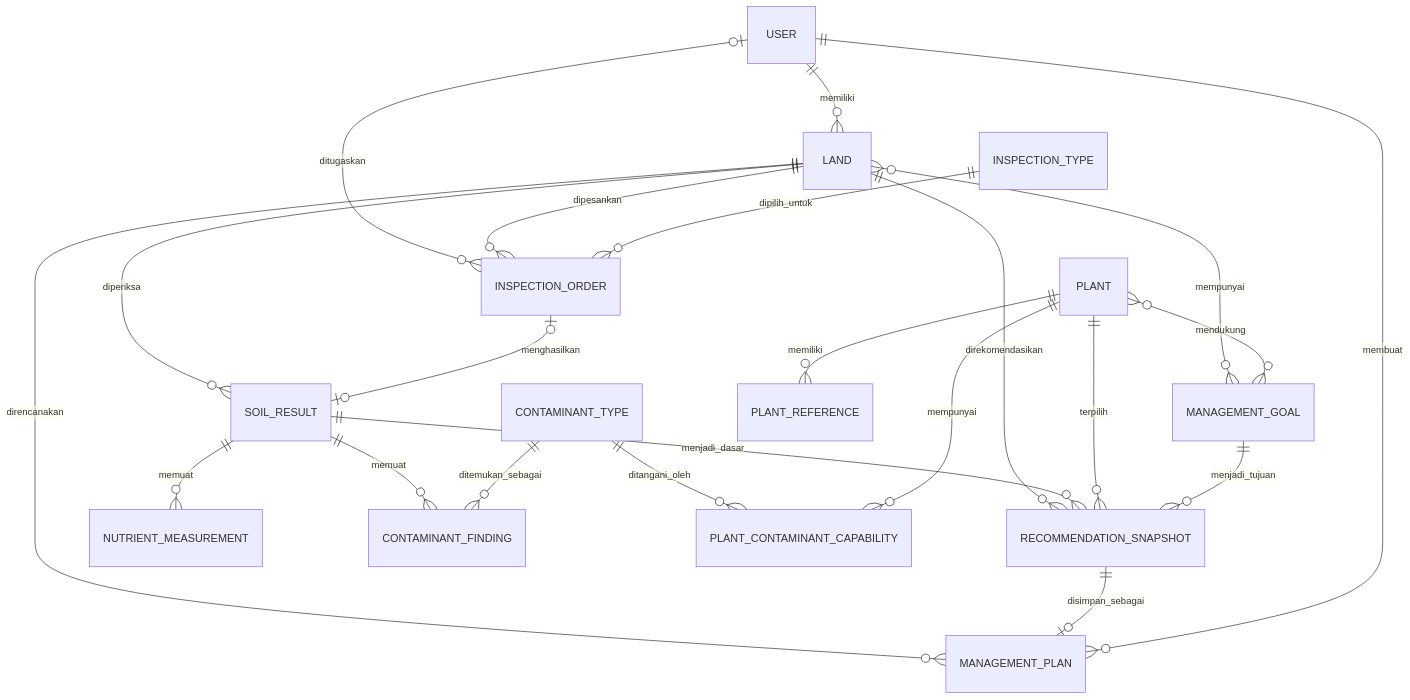
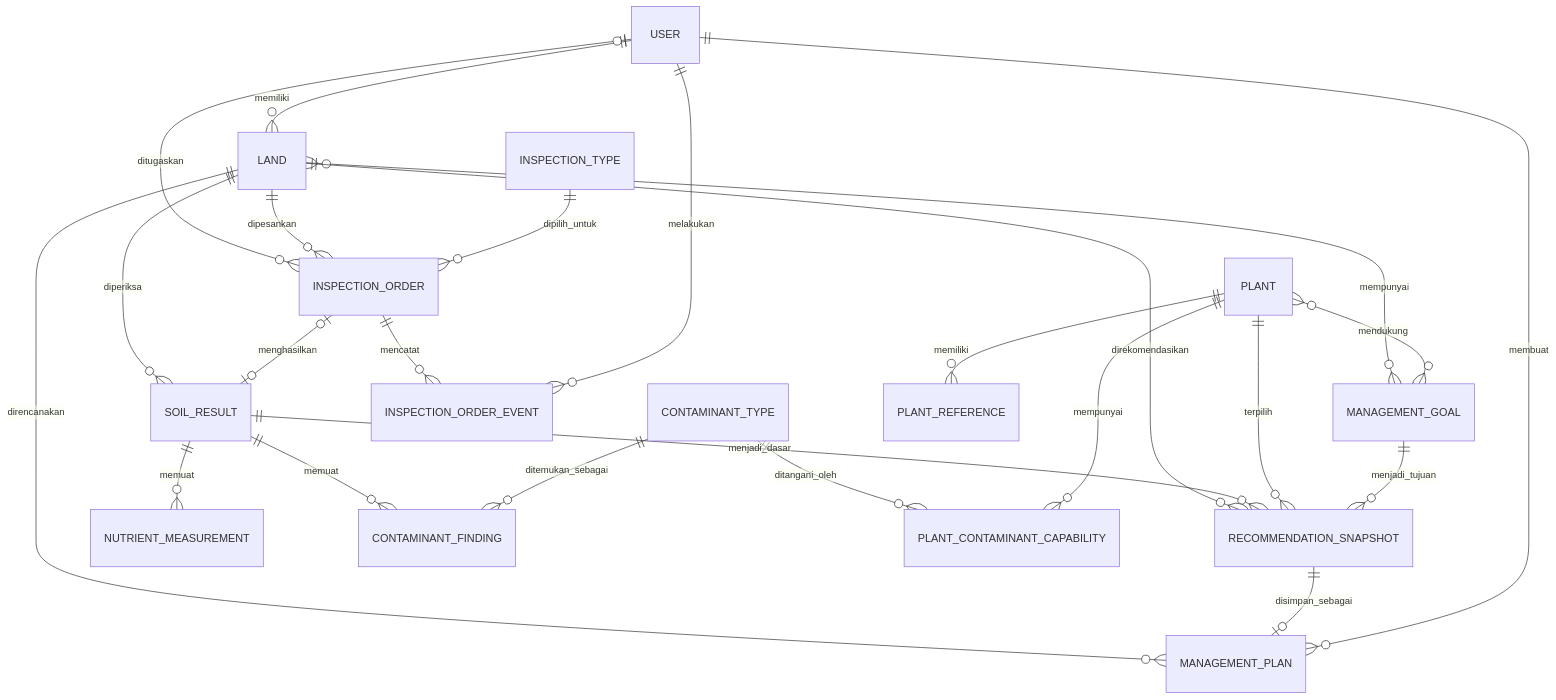
Before and after one commit to pbp-kelompok-d12/wiji: the diagram in docs/ERD.md, drawn with Mermaid. The commit also changed other lines of this file and 2 other files, not shown here.

Commit message:
docs: define inspection ordering rules

````diff
--- a/docs/ERD.md
+++ b/docs/ERD.md
@@ -5,30 +5,32 @@
 ```mermaid
 erDiagram
     USER ||--o{ LAND : memiliki
     USER o|--o{ INSPECTION_ORDER : ditugaskan
 
     LAND }o--o{ MANAGEMENT_GOAL : mempunyai
     LAND ||--o{ INSPECTION_ORDER : dipesankan
     LAND ||--o{ SOIL_RESULT : diperiksa
     LAND ||--o{ RECOMMENDATION_SNAPSHOT : direkomendasikan
     LAND ||--o{ MANAGEMENT_PLAN : direncanakan
 
     INSPECTION_TYPE ||--o{ INSPECTION_ORDER : dipilih_untuk
     INSPECTION_ORDER o|--o| SOIL_RESULT : menghasilkan
+    INSPECTION_ORDER ||--o{ INSPECTION_ORDER_EVENT : mencatat
+    USER ||--o{ INSPECTION_ORDER_EVENT : melakukan
 
     SOIL_RESULT ||--o{ NUTRIENT_MEASUREMENT : memuat
     SOIL_RESULT ||--o{ CONTAMINANT_FINDING : memuat
     SOIL_RESULT ||--o{ RECOMMENDATION_SNAPSHOT : menjadi_dasar
 
     CONTAMINANT_TYPE ||--o{ CONTAMINANT_FINDING : ditemukan_sebagai
     CONTAMINANT_TYPE ||--o{ PLANT_CONTAMINANT_CAPABILITY : ditangani_oleh
 
     PLANT }o--o{ MANAGEMENT_GOAL : mendukung
     PLANT ||--o{ PLANT_REFERENCE : memiliki
     PLANT ||--o{ PLANT_CONTAMINANT_CAPABILITY : mempunyai
     PLANT ||--o{ RECOMMENDATION_SNAPSHOT : terpilih
 
     MANAGEMENT_GOAL ||--o{ RECOMMENDATION_SNAPSHOT : menjadi_tujuan
     RECOMMENDATION_SNAPSHOT ||--o| MANAGEMENT_PLAN : disimpan_sebagai
     USER ||--o{ MANAGEMENT_PLAN : membuat
 ```
````
